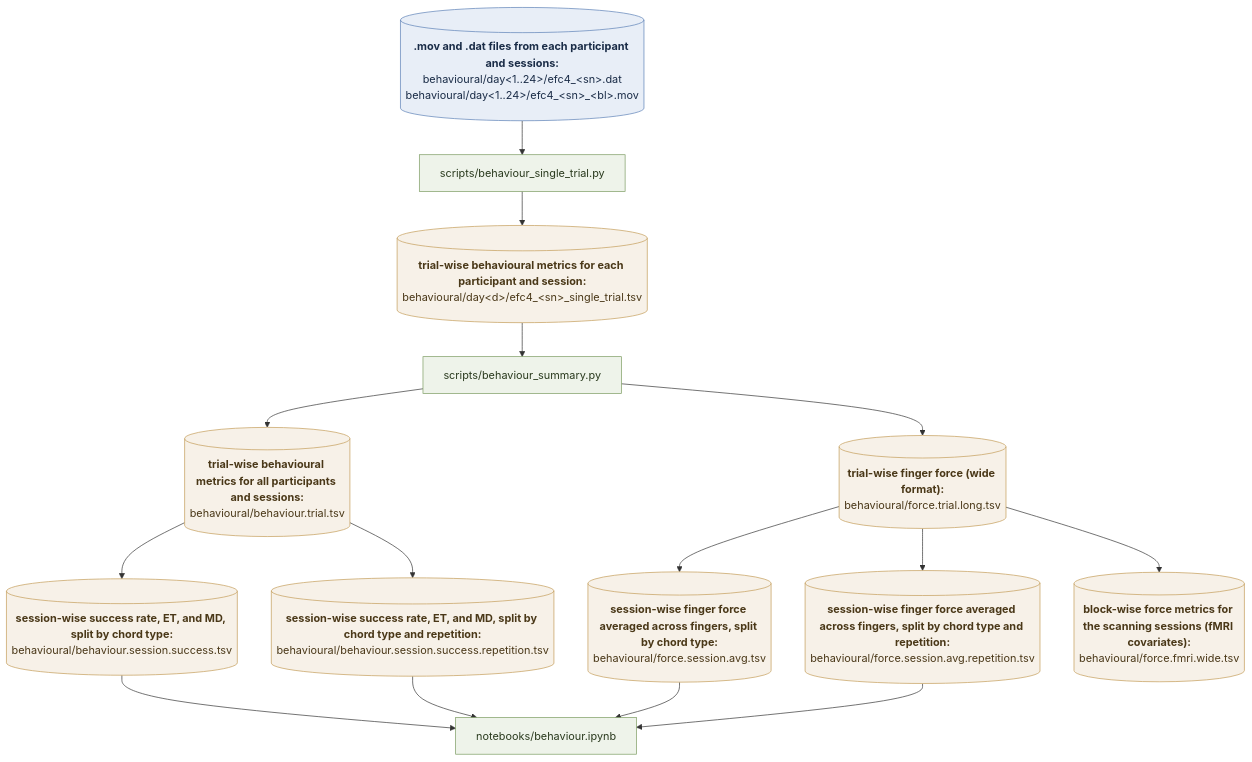
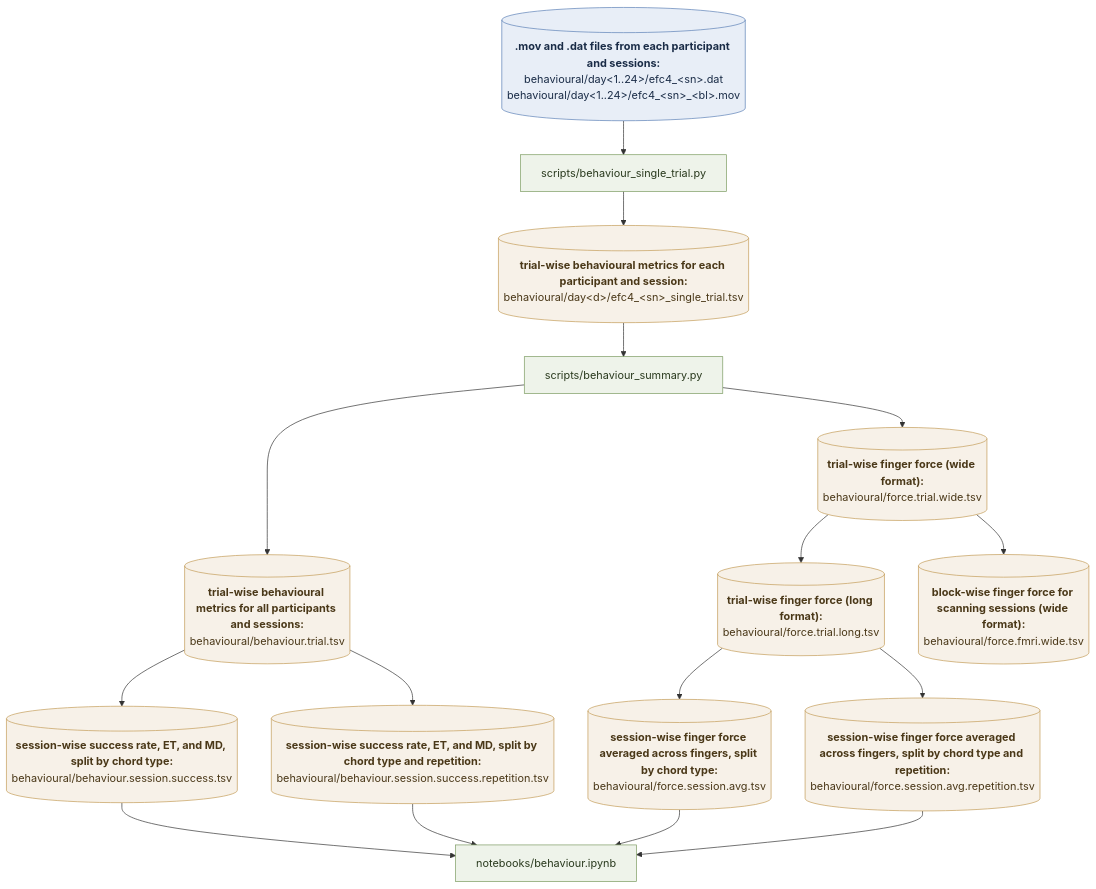
The diagram in README.md (mnlmrc/extension-flexion-chords), drawn with Mermaid before and after one commit. The commit also changed other lines of this file, not shown here.

````diff
--- a/README.md
+++ b/README.md
@@ -24,51 +18,54 @@
 ```mermaid
 flowchart TD
     %% ---------- raw ----------
     RAW_BEHAV[("<b>.mov and .dat files from each participant and sessions:</b><br/>behavioural/day&lt;1..24&gt;/efc4_&lt;sn&gt;.dat<br/>behavioural/day&lt;1..24&gt;/efc4_&lt;sn&gt;_&lt;bl&gt;.mov")]:::input
 
     %% ---------- single trial ----------
     ST["scripts/behaviour_single_trial.py"]:::code
     STTSV[("<b>trial-wise behavioural metrics for each participant and session:</b><br/>behavioural/day&lt;d&gt;/efc4_&lt;sn&gt;_single_trial.tsv")]:::data
 
     RAW_BEHAV --> ST
     ST --> STTSV
 
     %% ---------- summary ----------
     SUM["scripts/behaviour_summary.py"]:::code
     STTSV --> SUM
 
     TRIAL[("<b>trial-wise behavioural metrics for all participants and sessions:</b><br/>behavioural/behaviour.trial.tsv")]:::data
     
     PERF[("<b>session-wise success rate, ET, and MD, split by chord type:</b><br/>behavioural/behaviour.session.success.tsv")]:::data
     PERF_REP[("<b>session-wise success rate, ET, and MD, split by chord type and repetition:</b><br/>behavioural/behaviour.session.success.repetition.tsv")]:::data
     
-    FWIDE[("<b>trial-wise finger force (wide format):</b><br/>behavioural/force.trial.long.tsv")]:::data
+    FWIDE[("<b>trial-wise finger force (wide format):</b><br/>behavioural/force.trial.wide.tsv")]:::data
+    FLONG[("<b>trial-wise finger force (long format):</b><br/>behavioural/force.trial.long.tsv")]:::data
     FSESS[("<b>session-wise finger force averaged across fingers, split by chord type:</b><br/>behavioural/force.session.avg.tsv")]:::data
     FSESS_REP[("<b>session-wise finger force averaged across fingers, split by chord type and repetition:</b><br/>behavioural/force.session.avg.repetition.tsv")]:::data
-    FMRI[("<b>block-wise force metrics for the scanning sessions (fMRI covariates):</b><br/>behavioural/force.fmri.wide.tsv")]:::data
+    FFMRI[("<b>block-wise finger force for scanning sessions (wide format):</b><br/>behavioural/force.fmri.wide.tsv")]:::data
 
     %% performance
     SUM --> TRIAL
     TRIAL --> PERF
     TRIAL --> PERF_REP
 
     %% force
     SUM --> FWIDE
-    FWIDE --> FSESS
-    FWIDE --> FSESS_REP
-    FWIDE --> FMRI
+    FWIDE --> FFMRI
+    FWIDE --> FLONG
+    FLONG --> FSESS
+    FLONG --> FSESS_REP
+    
   
 
     %% ---------- figures / downstream ----------
     NB_BEHAV["notebooks/behaviour.ipynb"]:::code
 
     PERF --> NB_BEHAV
     PERF_REP --> NB_BEHAV
     FSESS --> NB_BEHAV
     FSESS_REP --> NB_BEHAV
 
     classDef input fill:#e8eef7,stroke:#5b7fb5,color:#1a2c47;
     classDef code  fill:#eef3ea,stroke:#7a9a5f,color:#2a3a1e;
     classDef data  fill:#f7f1e8,stroke:#c39b56,color:#4a3818;
     classDef out   fill:#f3e8f0,stroke:#a86b97,color:#3f1f39;
 ```
````
